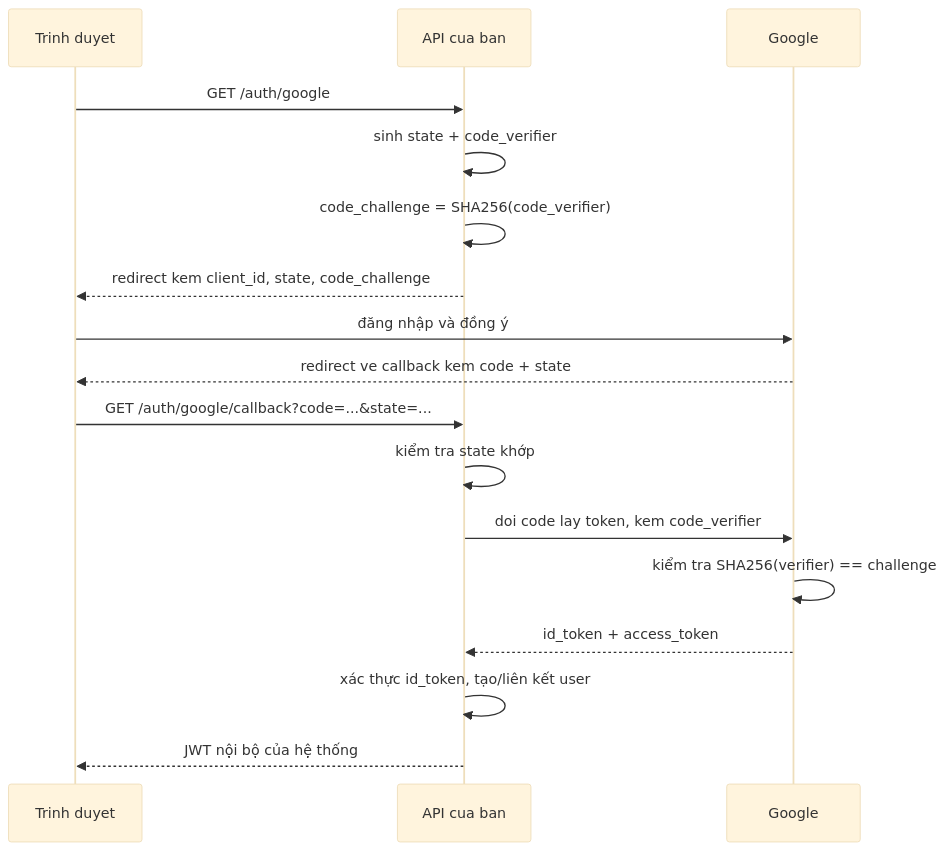
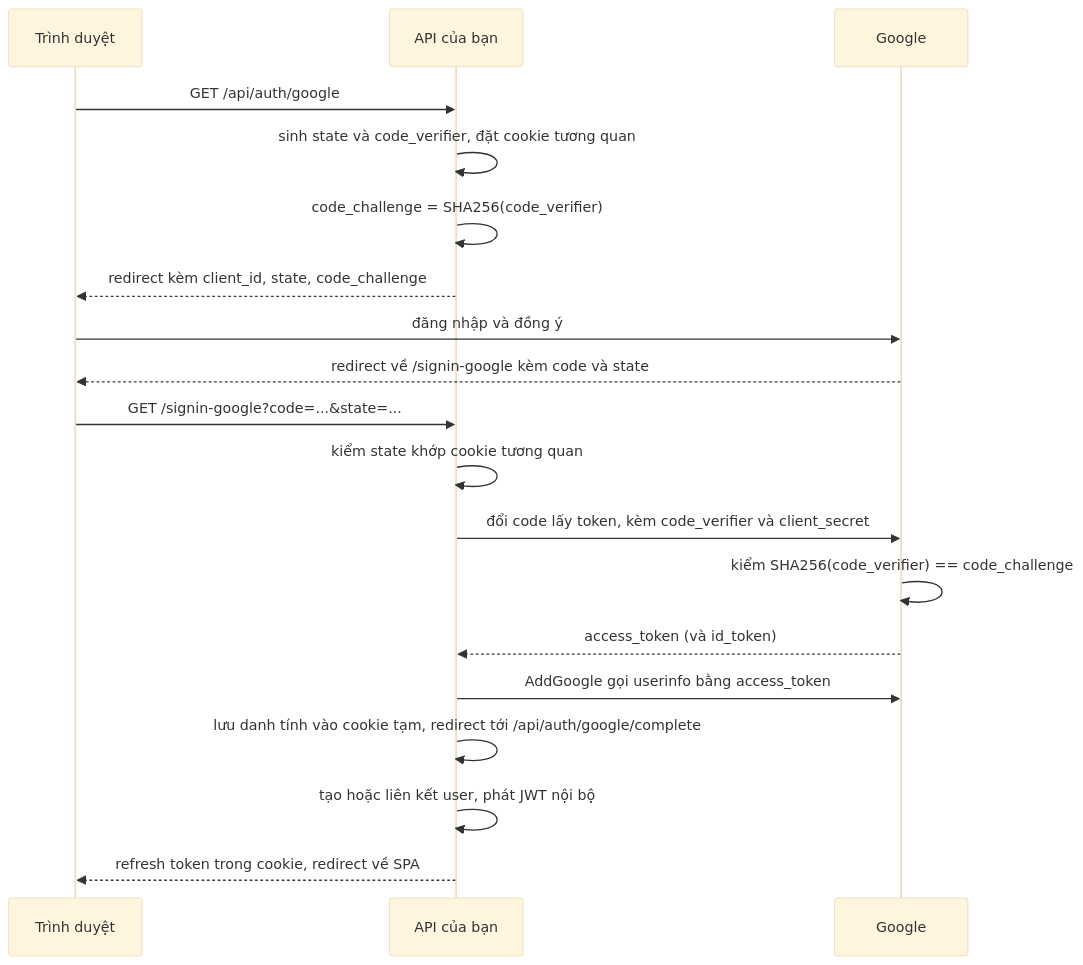
Before and after one commit to TienNHM/dotnet-course: the diagram in lessons/stage-03-aspnet-core-backend/module-10-authentication-authorization/10.9-overview.md, drawn with Mermaid (base theme). The commit also changed other lines of this file and 30 other files, not shown here.

````diff
--- a/lessons/stage-03-aspnet-core-backend/module-10-authentication-authorization/10.9-overview.md
+++ b/lessons/stage-03-aspnet-core-backend/module-10-authentication-authorization/10.9-overview.md
@@ -34,19 +47,21 @@
 ```mermaid
 sequenceDiagram
-    participant U as Trinh duyet
-    participant A as API cua ban
+    participant U as Trình duyệt
+    participant A as API của bạn
     participant G as Google
-    U->>A: GET /auth/google
-    A->>A: sinh state + code_verifier
+    U->>A: GET /api/auth/google
+    A->>A: sinh state và code_verifier, đặt cookie tương quan
     A->>A: code_challenge = SHA256(code_verifier)
-    A-->>U: redirect kem client_id, state, code_challenge
+    A-->>U: redirect kèm client_id, state, code_challenge
     U->>G: đăng nhập và đồng ý
-    G-->>U: redirect ve callback kem code + state
-    U->>A: GET /auth/google/callback?code=...&state=...
-    A->>A: kiểm tra state khớp
-    A->>G: doi code lay token, kem code_verifier
-    G->>G: kiểm tra SHA256(verifier) == challenge
-    G-->>A: id_token + access_token
-    A->>A: xác thực id_token, tạo/liên kết user
-    A-->>U: JWT nội bộ của hệ thống
+    G-->>U: redirect về /signin-google kèm code và state
+    U->>A: GET /signin-google?code=...&state=...
+    A->>A: kiểm state khớp cookie tương quan
+    A->>G: đổi code lấy token, kèm code_verifier và client_secret
+    G->>G: kiểm SHA256(code_verifier) == code_challenge
+    G-->>A: access_token (và id_token)
+    A->>G: AddGoogle gọi userinfo bằng access_token
+    A->>A: lưu danh tính vào cookie tạm, redirect tới /api/auth/google/complete
+    A->>A: tạo hoặc liên kết user, phát JWT nội bộ
+    A-->>U: refresh token trong cookie, redirect về SPA
 ```
````
